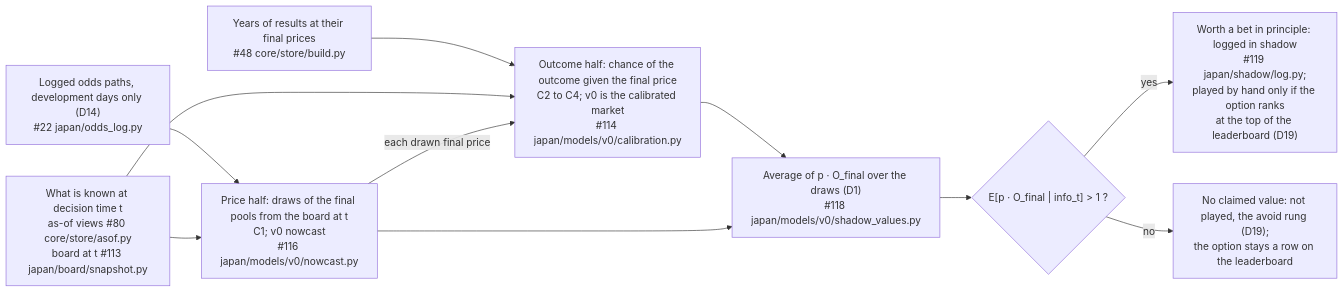
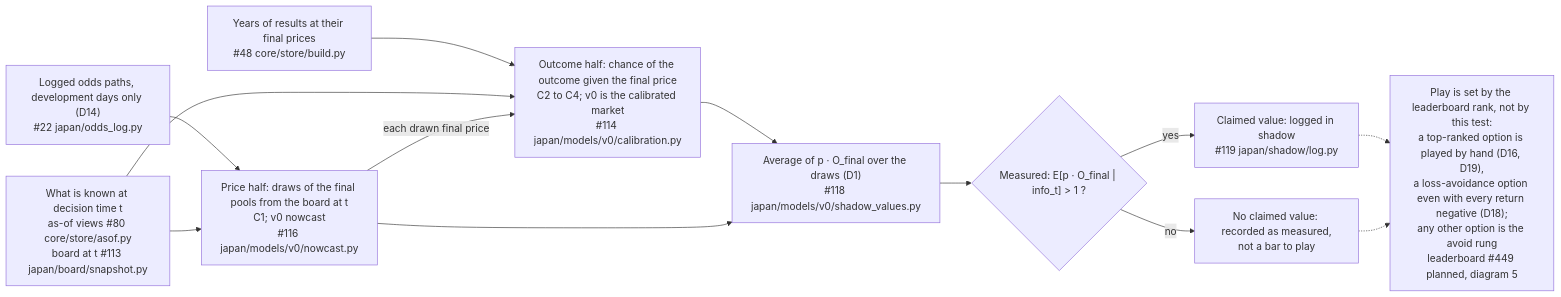
One commit to rjeskuri/HorseTrackBetting changed the first of 6 diagrams in docs/modeling.md. Above: the diagram before and after it, drawn with Mermaid. The commit also changed other lines of this file and 3 other files, not shown here.

````diff
--- a/docs/modeling.md
+++ b/docs/modeling.md
@@ -34,22 +34,25 @@
 ```mermaid
 flowchart LR
     HIST["Years of results at their final prices<br/>#48 core/store/build.py"]
     LOGS["Logged odds paths, development days only (D14)<br/>#22 japan/odds_log.py"]
     INFO["What is known at decision time t<br/>as-of views #80 core/store/asof.py<br/>board at t #113 japan/board/snapshot.py"]
     PROB["Outcome half: chance of the outcome given the final price<br/>C2 to C4; v0 is the calibrated market<br/>#114 japan/models/v0/calibration.py"]
     PRICE["Price half: draws of the final pools from the board at t<br/>C1; v0 nowcast<br/>#116 japan/models/v0/nowcast.py"]
     MIX["Average of p · O_final over the draws (D1)<br/>#118 japan/models/v0/shadow_values.py"]
-    TEST{"E[p · O_final | info_t] #gt; 1 ?"}
-    YES["Worth a bet in principle: logged in shadow<br/>#119 japan/shadow/log.py;<br/>played by hand only if the option ranks<br/>at the top of the leaderboard (D19)"]
-    NO["No claimed value: not played, the avoid rung (D19);<br/>the option stays a row on the leaderboard"]
+    TEST{"Measured: E[p · O_final | info_t] #gt; 1 ?"}
+    YES["Claimed value: logged in shadow<br/>#119 japan/shadow/log.py"]
+    NO["No claimed value: recorded as measured,<br/>not a bar to play"]
+    RANK["Play is set by the leaderboard rank, not by this test:<br/>a top-ranked option is played by hand (D16, D19),<br/>a loss-avoidance option even with every return negative (D18);<br/>any other option is the avoid rung<br/>leaderboard #449 planned, diagram 5"]
     HIST --> PROB
     LOGS --> PRICE
     INFO --> PROB
     INFO --> PRICE
     PRICE -->|"each drawn final price"| PROB
     PROB --> MIX
     PRICE --> MIX
     MIX --> TEST
     TEST -->|"yes"| YES
     TEST -->|"no"| NO
+    YES -.-> RANK
+    NO -.-> RANK
 ```
````
